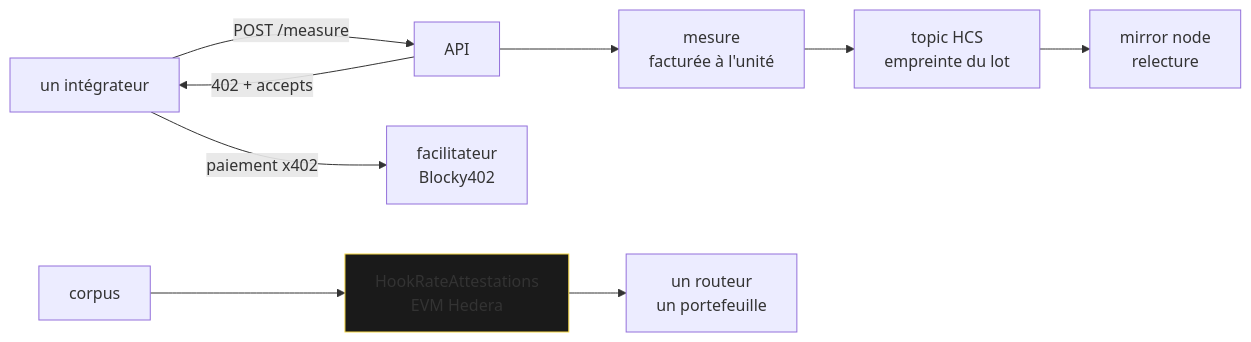
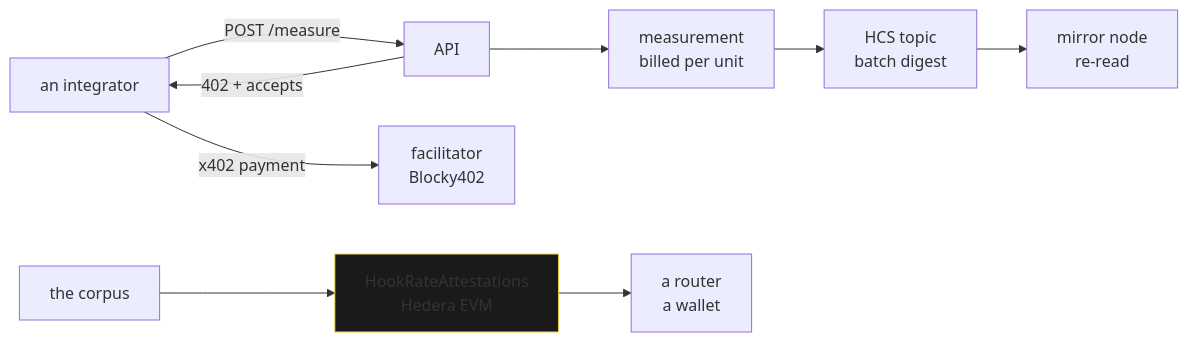
Before and after one commit to JeanBaptisteDurand/ETH_Online_2026: the second of 3 diagrams in docs/ARCHITECTURE.md, drawn with Mermaid. The commit also changed other lines of this file and 2 other files, not shown here.

````diff
--- a/docs/ARCHITECTURE.md
+++ b/docs/ARCHITECTURE.md
@@ -95,12 +98,12 @@
 ```mermaid
 flowchart LR
-    U["un intégrateur"] -->|"POST /measure"| API
+    U["an integrator"] -->|"POST /measure"| API
     API -->|"402 + accepts"| U
-    U -->|"paiement x402"| F["facilitateur<br/>Blocky402"]
-    API --> M["mesure<br/>facturée à l'unité"]
-    M --> HCS["topic HCS<br/>empreinte du lot"]
-    HCS --> MN["mirror node<br/>relecture"]
-    G["corpus"] --> ATT["HookRateAttestations<br/>EVM Hedera"]
-    ATT --> R["un routeur<br/>un portefeuille"]
+    U -->|"x402 payment"| F["facilitator<br/>Blocky402"]
+    API --> M["measurement<br/>billed per unit"]
+    M --> HCS["HCS topic<br/>batch digest"]
+    HCS --> MN["mirror node<br/>re-read"]
+    G["the corpus"] --> ATT["HookRateAttestations<br/>Hedera EVM"]
+    ATT --> R["a router<br/>a wallet"]
     style ATT fill:#1a1a1a,stroke:#F6D746
 ```
````
